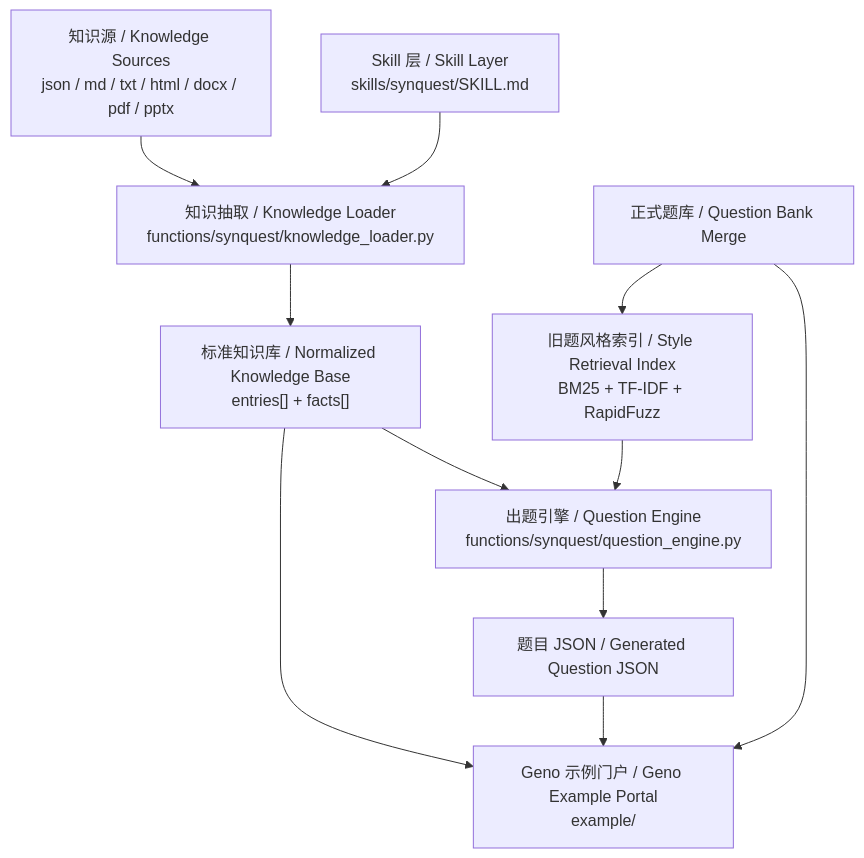
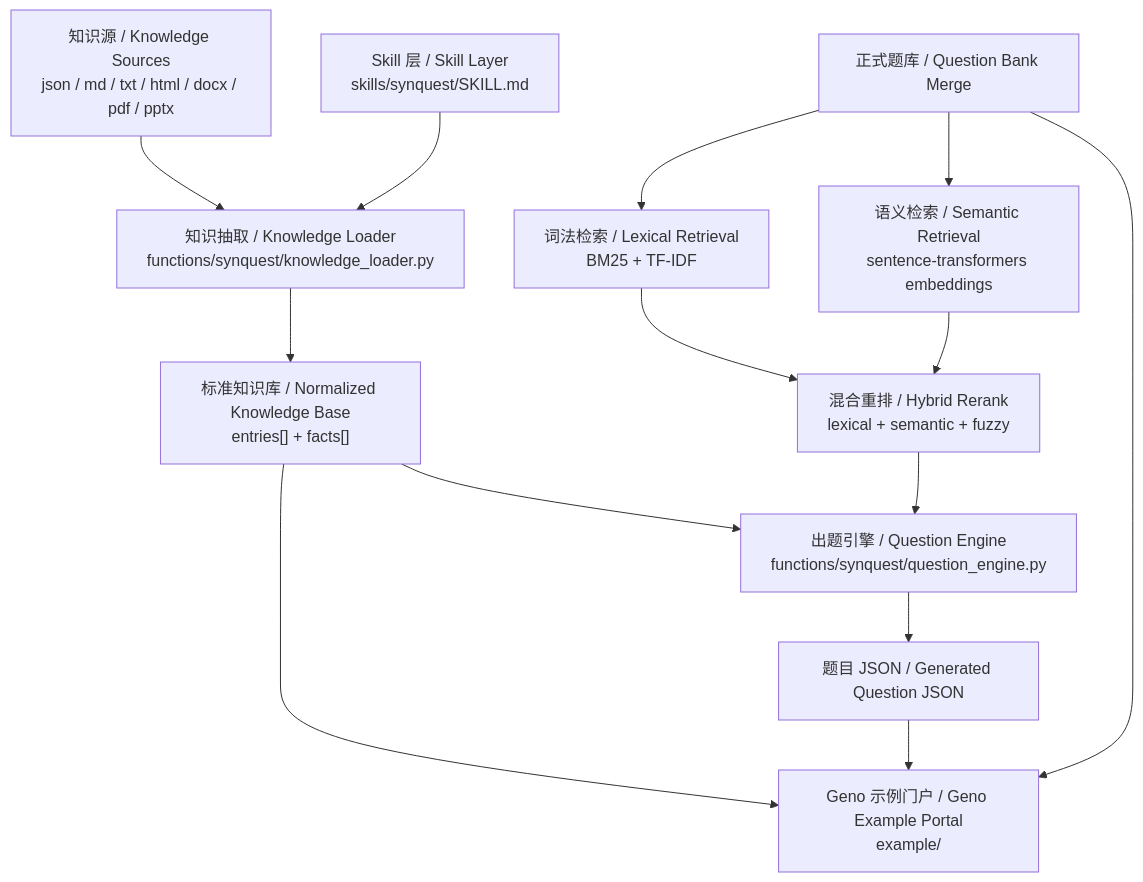
The first of 2 diagrams in README.zh.md (Starry-49/SynQuest), drawn with Mermaid before and after one commit. The commit also changed other lines of this file and 6 other files, not shown here.

Commit message:
Add semantic SynQuest example questions

````diff
--- a/README.zh.md
+++ b/README.zh.md
@@ -91,23 +92,28 @@
 ```mermaid
 flowchart TB
     A["知识源 / Knowledge Sources<br/>json / md / txt / html / docx / pdf / pptx"]
     B["Skill 层 / Skill Layer<br/>skills/synquest/SKILL.md"]
     C["知识抽取 / Knowledge Loader<br/>functions/synquest/knowledge_loader.py"]
     D["标准知识库 / Normalized Knowledge Base<br/>entries[] + facts[]"]
-    E["旧题风格索引 / Style Retrieval Index<br/>BM25 + TF-IDF + RapidFuzz"]
-    F["出题引擎 / Question Engine<br/>functions/synquest/question_engine.py"]
-    G["题目 JSON / Generated Question JSON"]
-    H["Geno 示例门户 / Geno Example Portal<br/>example/"]
-    I["正式题库 / Question Bank Merge"]
+    E["词法检索 / Lexical Retrieval<br/>BM25 + TF-IDF"]
+    F["语义检索 / Semantic Retrieval<br/>sentence-transformers embeddings"]
+    G["混合重排 / Hybrid Rerank<br/>lexical + semantic + fuzzy"]
+    H["出题引擎 / Question Engine<br/>functions/synquest/question_engine.py"]
+    I["题目 JSON / Generated Question JSON"]
+    J["Geno 示例门户 / Geno Example Portal<br/>example/"]
+    K["正式题库 / Question Bank Merge"]
 
     A --> C
     B --> C
     C --> D
-    D --> F
-    I --> E
-    E --> F
+    D --> H
+    K --> E
+    K --> F
+    E --> G
     F --> G
-    D --> H
     G --> H
-    I --> H
+    H --> I
+    D --> J
+    I --> J
+    K --> J
 ```
````
